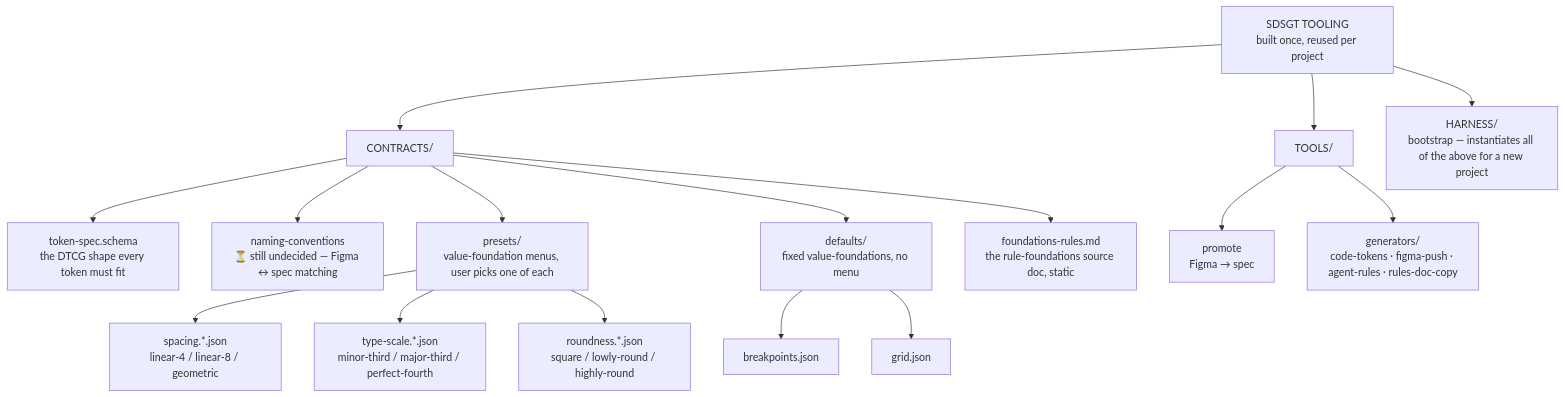
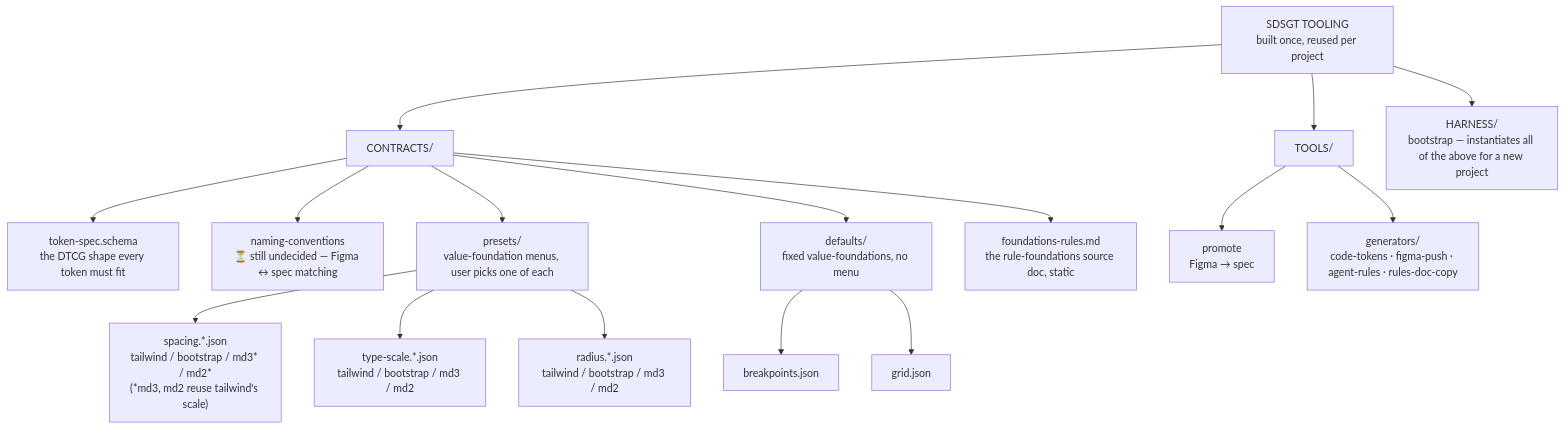
One commit to graphicalmike-ops/Scaffolded-Design-System-Generation-Tool-SDSGT changed the third of 4 diagrams in pipeline-plan.md. Above: the diagram before and after it, drawn with Mermaid. The commit also changed other lines of this file and 2 other files, not shown here.

````diff
--- a/pipeline-plan.md
+++ b/pipeline-plan.md
@@ -275,27 +279,27 @@
 ```mermaid
 flowchart TD
     ROOT["SDSGT TOOLING<br/>built once, reused per project"]
     CONTRACTS["CONTRACTS/"]
     TOOLS["TOOLS/"]
     HARNESS["HARNESS/<br/>bootstrap — instantiates all of the above for a new project"]
 
     ROOT --> CONTRACTS
     ROOT --> TOOLS
     ROOT --> HARNESS
 
     CONTRACTS --> spec["token-spec.schema<br/>the DTCG shape every token must fit"]
     CONTRACTS --> naming["naming-conventions<br/>⏳ still undecided — Figma ↔ spec matching"]
     CONTRACTS --> presets["presets/<br/>value-foundation menus, user picks one of each"]
     CONTRACTS --> defaults["defaults/<br/>fixed value-foundations, no menu"]
     CONTRACTS --> rulesdoc["foundations-rules.md<br/>the rule-foundations source doc, static"]
 
-    presets --> spacingPreset["spacing.*.json<br/>linear-4 / linear-8 / geometric"]
-    presets --> typePreset["type-scale.*.json<br/>minor-third / major-third / perfect-fourth"]
-    presets --> roundPreset["roundness.*.json<br/>square / lowly-round / highly-round"]
+    presets --> spacingPreset["spacing.*.json<br/>tailwind / bootstrap / md3* / md2*<br/>(*md3, md2 reuse tailwind's scale)"]
+    presets --> typePreset["type-scale.*.json<br/>tailwind / bootstrap / md3 / md2"]
+    presets --> roundPreset["radius.*.json<br/>tailwind / bootstrap / md3 / md2"]
 
     defaults --> breakpoints["breakpoints.json"]
     defaults --> grid["grid.json"]
 
     TOOLS --> promote["promote<br/>Figma → spec"]
     TOOLS --> generators["generators/<br/>code-tokens · figma-push · agent-rules · rules-doc-copy"]
 ```
````
